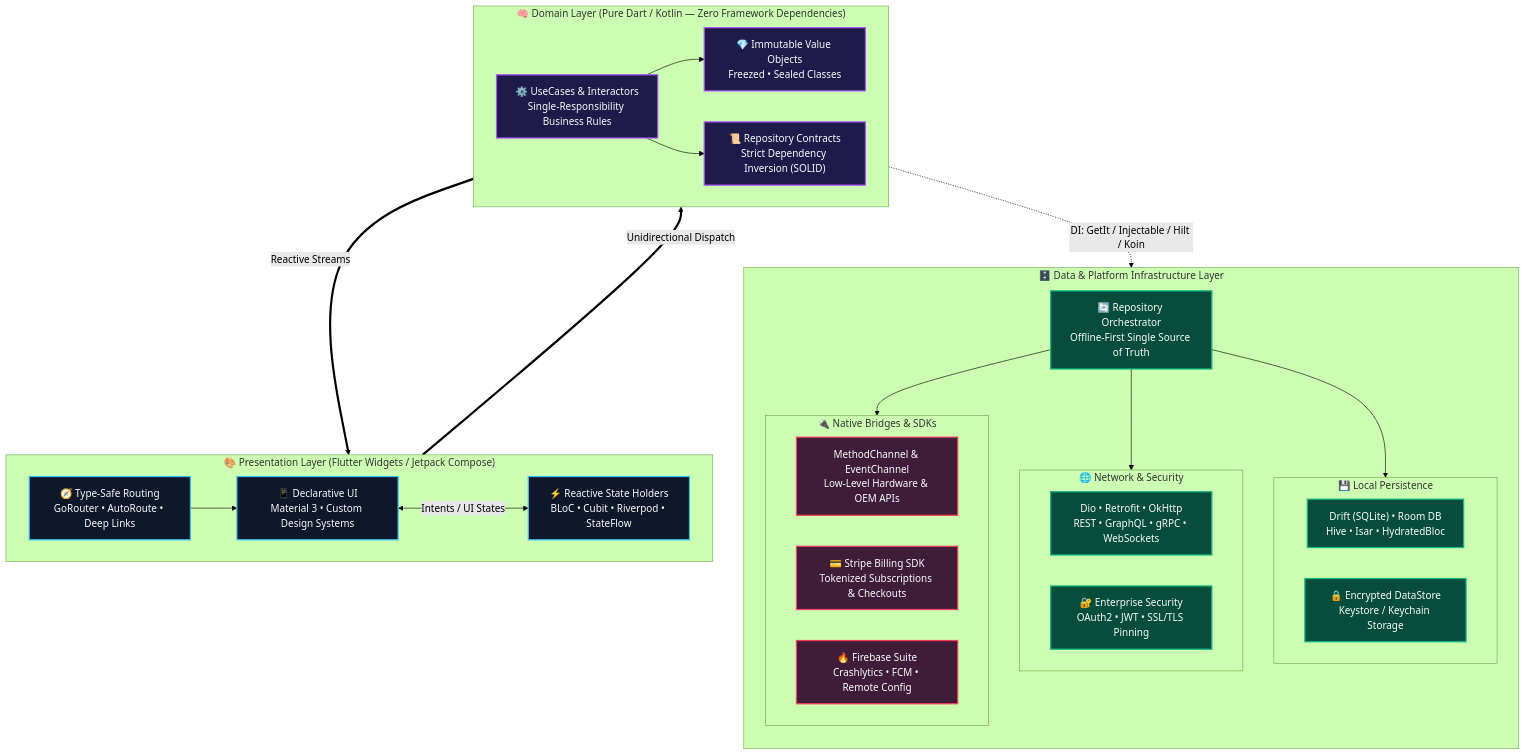
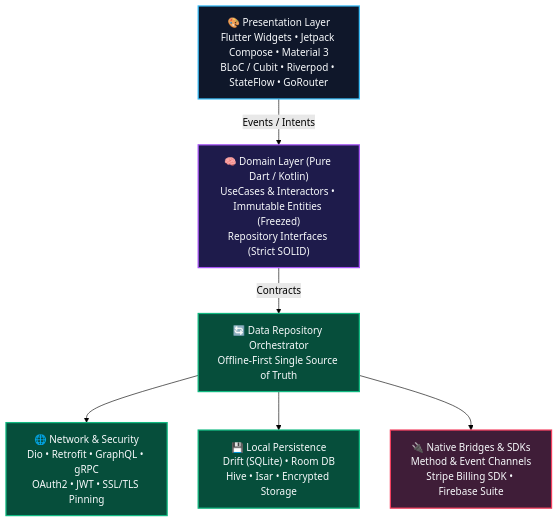
The first of 3 diagrams in README.md (ibrahemk/ibrahemk), drawn with Mermaid (forest theme) before and after one commit. The commit also changed other lines of this file, not shown here.

First line of the commit message:
Revise README with new contact links and career details

````diff
--- a/README.md
+++ b/README.md
@@ -52,59 +43,26 @@
 ```mermaid
 flowchart TB
-    subgraph UI["🎨 Presentation Layer (Flutter Widgets / Jetpack Compose)"]
-        direction LR
-        View["📱 Declarative UI<br/>Material 3 • Custom Design Systems"]
-        State["⚡ Reactive State Holders<br/>BLoC • Cubit • Riverpod • StateFlow"]
-        Nav["🧭 Type-Safe Routing<br/>GoRouter • AutoRoute • Deep Links"]
-        View <-->|"Intents / UI States"| State
-        Nav --> View
-    end
+    UI["🎨 Presentation Layer<br/>Flutter Widgets • Jetpack Compose • Material 3<br/>BLoC / Cubit • Riverpod • StateFlow • GoRouter"]
+    Domain["🧠 Domain Layer (Pure Dart / Kotlin)<br/>UseCases & Interactors • Immutable Entities (Freezed)<br/>Repository Interfaces (Strict SOLID)"]
+    Repo["🔄 Data Repository Orchestrator<br/>Offline-First Single Source of Truth"]
 
-    subgraph Domain["🧠 Domain Layer (Pure Dart / Kotlin — Zero Framework Dependencies)"]
-        direction LR
-        UseCases["⚙️ UseCases & Interactors<br/>Single-Responsibility Business Rules"]
-        Entities["💎 Immutable Value Objects<br/>Freezed • Sealed Classes"]
-        Contracts["📜 Repository Contracts<br/>Strict Dependency Inversion (SOLID)"]
-        UseCases --> Entities
-        UseCases --> Contracts
-    end
+    Remote["🌐 Network & Security<br/>Dio • Retrofit • GraphQL • gRPC<br/>OAuth2 • JWT • SSL/TLS Pinning"]
+    Local["💾 Local Persistence<br/>Drift (SQLite) • Room DB<br/>Hive • Isar • Encrypted Storage"]
+    Native["🔌 Native Bridges & SDKs<br/>Method & Event Channels<br/>Stripe Billing SDK • Firebase Suite"]
 
-    subgraph Data["🗄️ Data & Platform Infrastructure Layer"]
-        direction TB
-        Repo["🔄 Repository Orchestrator<br/>Offline-First Single Source of Truth"]
-
-        subgraph Remote["🌐 Network & Security"]
-            API["Dio • Retrofit • OkHttp<br/>REST • GraphQL • gRPC • WebSockets"]
-            Sec["🔐 Enterprise Security<br/>OAuth2 • JWT • SSL/TLS Pinning"]
-        end
-
-        subgraph Local["💾 Local Persistence"]
-            DB["Drift (SQLite) • Room DB<br/>Hive • Isar • HydratedBloc"]
-            Vault["🔒 Encrypted DataStore<br/>Keystore / Keychain Storage"]
-        end
-
-        subgraph Native["🔌 Native Bridges & SDKs"]
-            Bridge["MethodChannel & EventChannel<br/>Low-Level Hardware & OEM APIs"]
-            Pay["💳 Stripe Billing SDK<br/>Tokenized Subscriptions & Checkouts"]
-            Cloud["🔥 Firebase Suite<br/>Crashlytics • FCM • Remote Config"]
-        end
-
-        Repo --> Remote
-        Repo --> Local
-        Repo --> Native
-    end
-
-    UI ==>|"Unidirectional Dispatch"| Domain
-    Domain ==>|"Reactive Streams"| UI
-    Domain -.->|"DI: GetIt / Injectable / Hilt / Koin"| Data
+    UI -->|"Events / Intents"| Domain
+    Domain -->|"Contracts"| Repo
+    Repo --> Remote
+    Repo --> Local
+    Repo --> Native
 
     classDef uiLayer fill:#0F172A,stroke:#38BDF8,stroke-width:2px,color:#F8FAFC;
     classDef domainLayer fill:#1E1B4B,stroke:#A855F7,stroke-width:2px,color:#F8FAFC;
     classDef dataLayer fill:#064E3B,stroke:#10B981,stroke-width:2px,color:#F8FAFC;
     classDef nativeLayer fill:#3F1D38,stroke:#F43F5E,stroke-width:2px,color:#F8FAFC;
 
-    class View,State,Nav uiLayer;
-    class UseCases,Entities,Contracts domainLayer;
-    class Repo,API,Sec,DB,Vault dataLayer;
-    class Bridge,Pay,Cloud nativeLayer;
+    class UI uiLayer;
+    class Domain domainLayer;
+    class Repo,Remote,Local dataLayer;
+    class Native nativeLayer;
 ```
````
